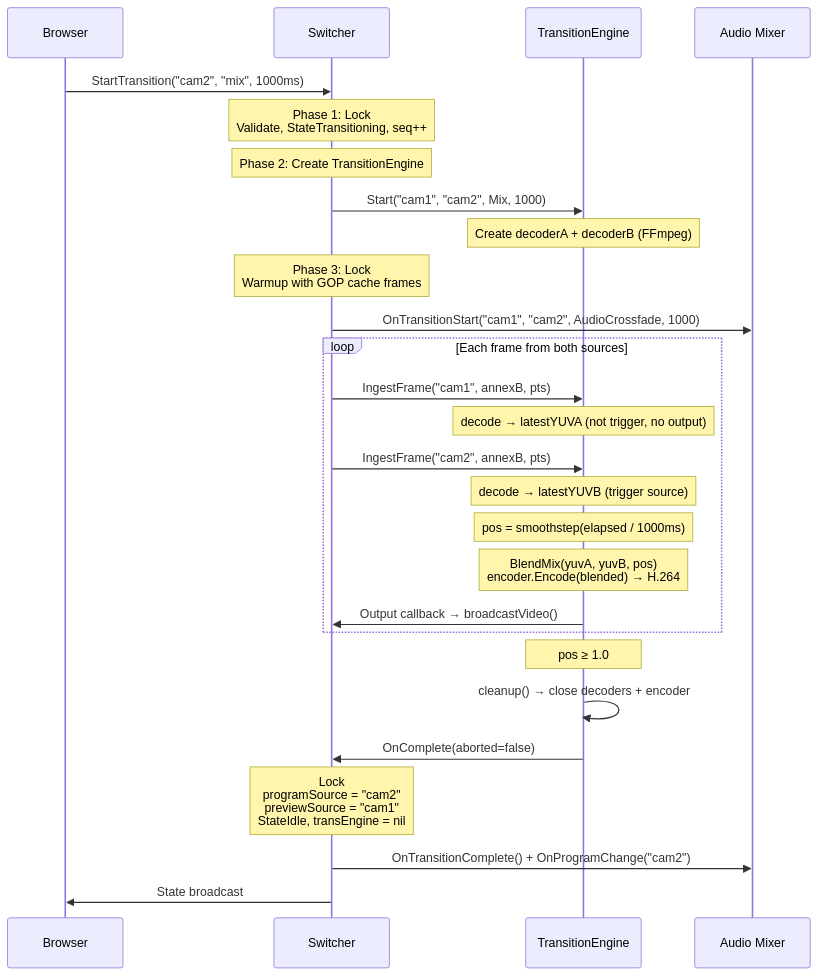
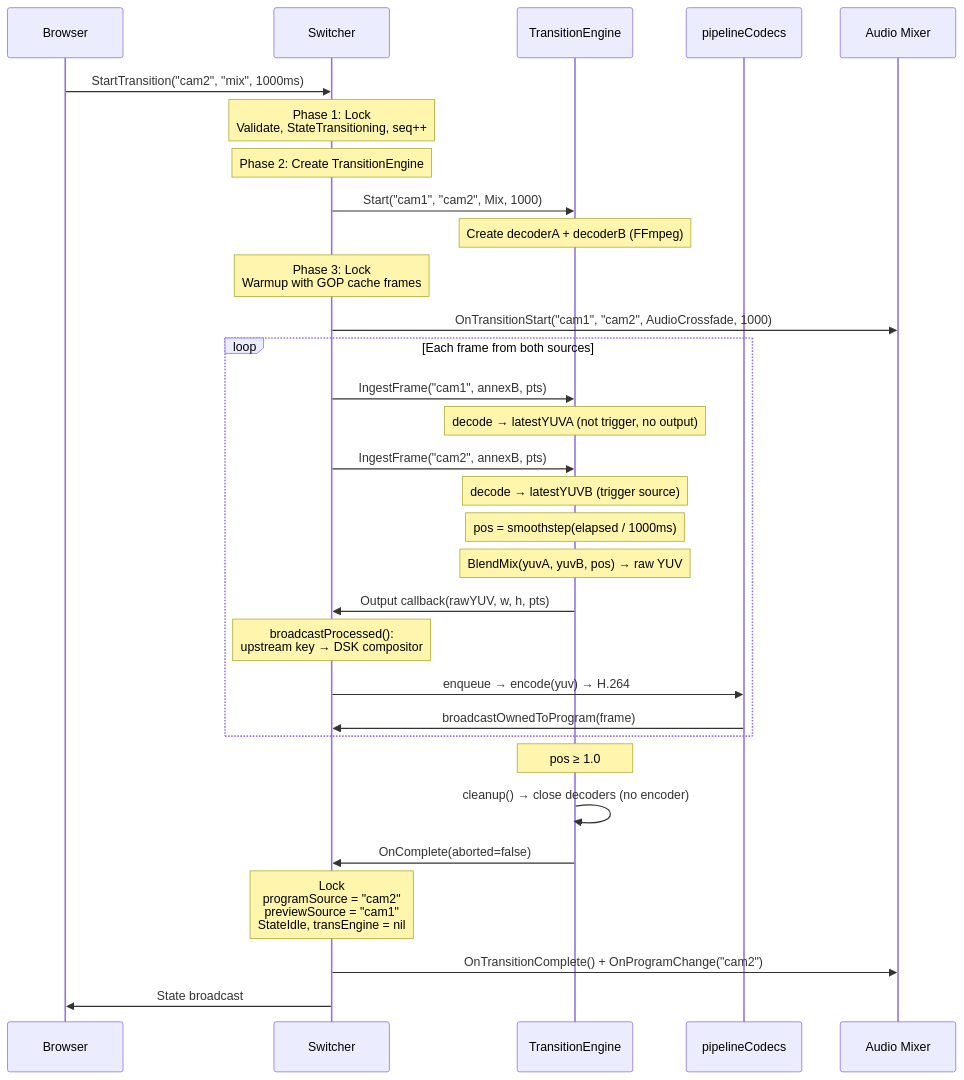
One commit to zsiec/switchframe changed diagram 21 of 22 in docs/architecture.md. Above: the diagram before and after it, drawn with Mermaid. The commit also changed other lines of this file and 3 other files, not shown here.

First line of the commit message:
Docs: add source position, stinger & YUV pipeline

````diff
--- a/docs/architecture.md
+++ b/docs/architecture.md
@@ -1036,37 +1129,41 @@
 ```mermaid
 sequenceDiagram
     participant Browser
     participant SW as Switcher
     participant TE as TransitionEngine
+    participant PC as pipelineCodecs
     participant Mixer as Audio Mixer
 
     Browser->>SW: StartTransition("cam2", "mix", 1000ms)
 
     Note over SW: Phase 1: Lock<br/>Validate, StateTransitioning, seq++
 
     Note over SW: Phase 2: Create TransitionEngine
     SW->>TE: Start("cam1", "cam2", Mix, 1000)
     Note over TE: Create decoderA + decoderB (FFmpeg)
 
     Note over SW: Phase 3: Lock<br/>Warmup with GOP cache frames
     SW->>Mixer: OnTransitionStart("cam1", "cam2", AudioCrossfade, 1000)
 
     loop Each frame from both sources
         SW->>TE: IngestFrame("cam1", annexB, pts)
         Note over TE: decode → latestYUVA (not trigger, no output)
 
         SW->>TE: IngestFrame("cam2", annexB, pts)
         Note over TE: decode → latestYUVB (trigger source)
         Note over TE: pos = smoothstep(elapsed / 1000ms)
-        Note over TE: BlendMix(yuvA, yuvB, pos)<br/>encoder.Encode(blended) → H.264
-        TE->>SW: Output callback → broadcastVideo()
+        Note over TE: BlendMix(yuvA, yuvB, pos) → raw YUV
+        TE->>SW: Output callback(rawYUV, w, h, pts)
+        Note over SW: broadcastProcessed():<br/>upstream key → DSK compositor
+        SW->>PC: enqueue → encode(yuv) → H.264
+        PC->>SW: broadcastOwnedToProgram(frame)
     end
 
     Note over TE: pos ≥ 1.0
-    TE->>TE: cleanup() → close decoders + encoder
+    TE->>TE: cleanup() → close decoders (no encoder)
     TE->>SW: OnComplete(aborted=false)
 
     Note over SW: Lock<br/>programSource = "cam2"<br/>previewSource = "cam1"<br/>StateIdle, transEngine = nil
     SW->>Mixer: OnTransitionComplete() + OnProgramChange("cam2")
     SW->>Browser: State broadcast
 ```
````
